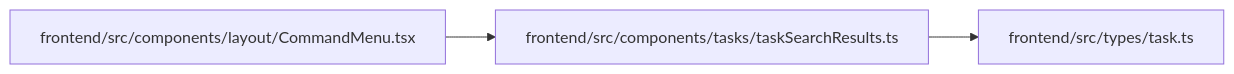
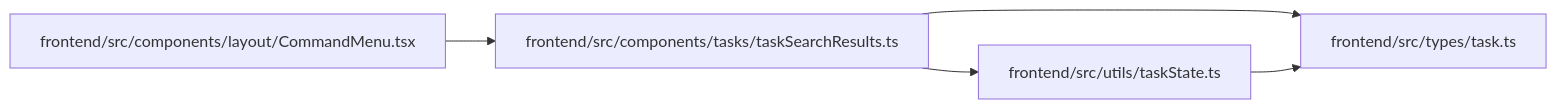
The diagram in docs/llm_wiki/modules/taskSearchResults.md (Denissvgn/WorkChord), drawn with Mermaid before and after one commit. The commit also changed other lines of this file and 674 other files, not shown here.

Commit message:
Sync the architectural wiki for showing stopped work

````diff
--- a/docs/llm_wiki/modules/taskSearchResults.md
+++ b/docs/llm_wiki/modules/taskSearchResults.md
@@ -27,11 +28,15 @@
 ```mermaid
 flowchart LR
     n0["frontend/src/components/layout/CommandMenu.tsx"]
     n1["frontend/src/components/tasks/taskSearchResults.ts"]
     n2["frontend/src/types/task.ts"]
+    n3["frontend/src/utils/taskState.ts"]
     n0 --> n1
     n1 --> n2
+    n1 --> n3
+    n3 --> n2
     click n0 "../modules/CommandMenu.md"
     click n1 "../modules/taskSearchResults.md"
     click n2 "../modules/types_task.md"
+    click n3 "../modules/taskState.md"
 ```
````
